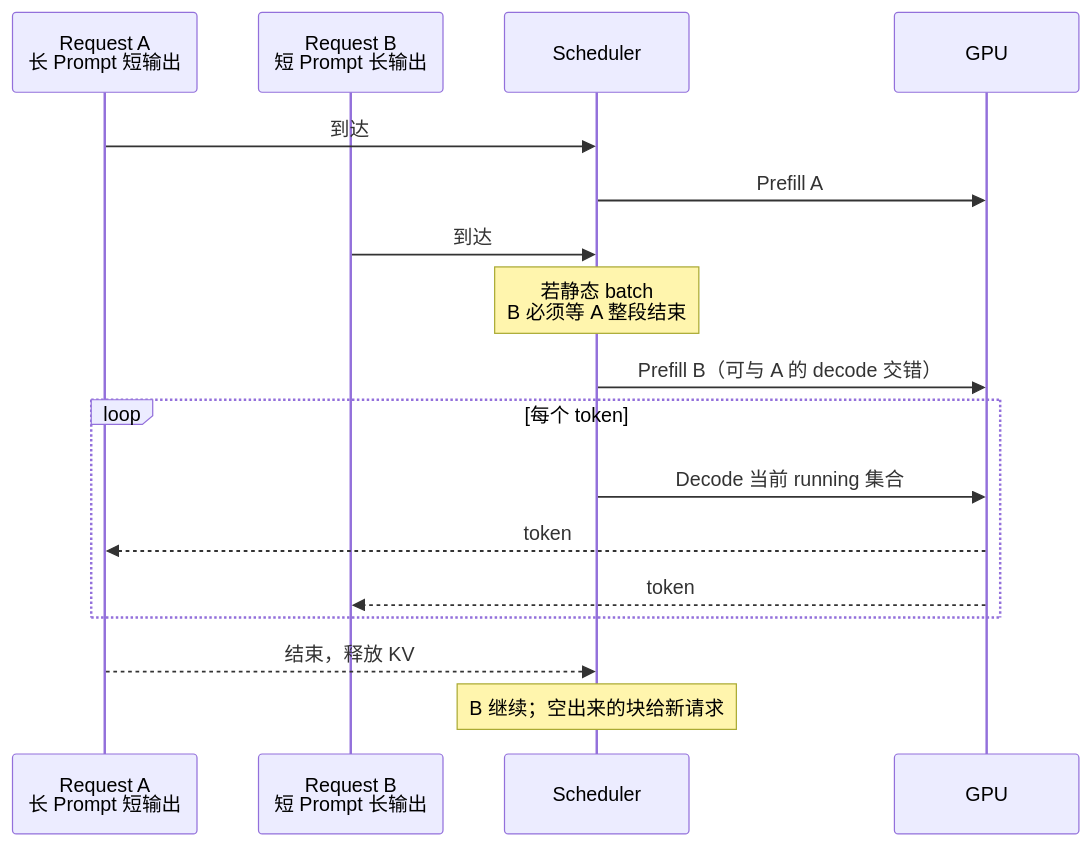
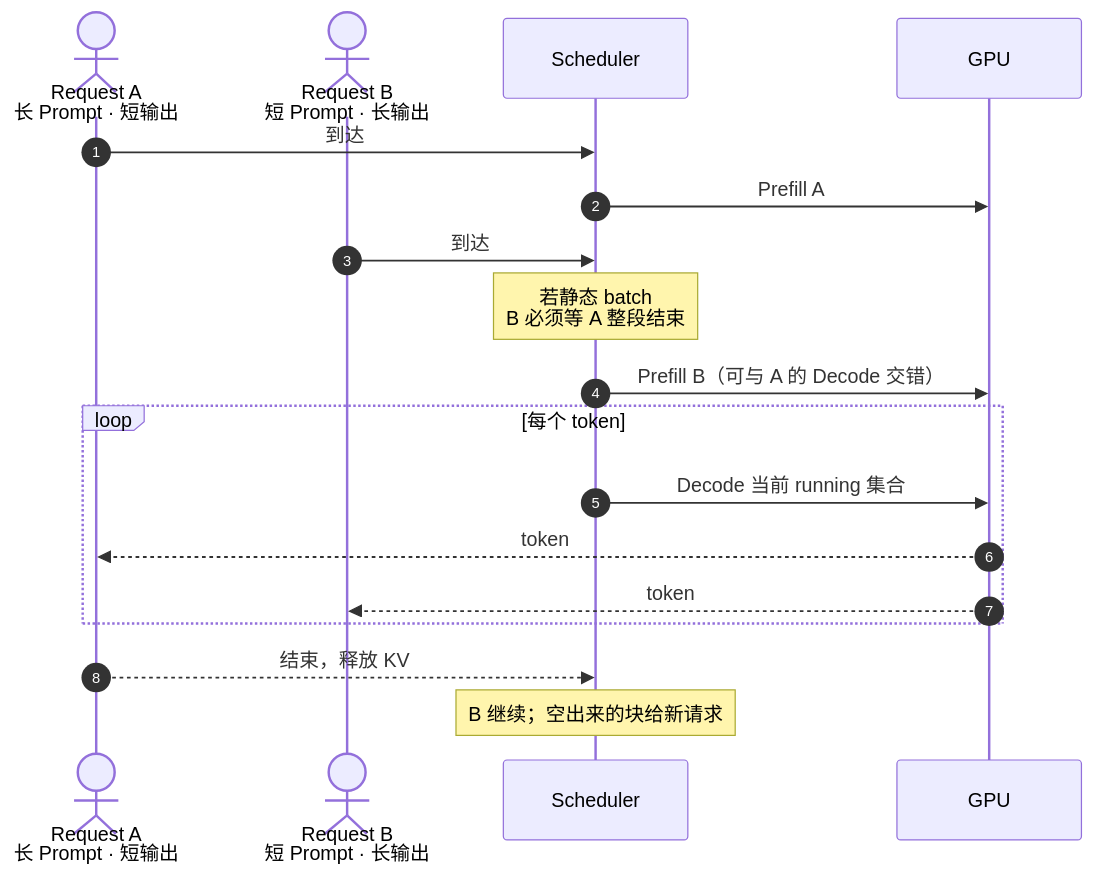
One commit to xiangel/llm-inference-course changed the first of 2 diagrams in src/content/docs/00-introduction/02-systems-problem.mdx. Above: the diagram before and after it, drawn with Mermaid. The commit also changed other lines of this file and 9 other files, not shown here.

First line of the commit message:
Restyle architecture diagrams to match the book palette

````diff
--- a/src/content/docs/00-introduction/02-systems-problem.mdx
+++ b/src/content/docs/00-introduction/02-systems-problem.mdx
@@ -100,19 +100,21 @@
 ```mermaid
 sequenceDiagram
-  participant A as Request A<br/>长 Prompt 短输出
-  participant B as Request B<br/>短 Prompt 长输出
+  autonumber
+  actor A as Request A<br/>长 Prompt · 短输出
+  actor B as Request B<br/>短 Prompt · 长输出
   participant S as Scheduler
   participant G as GPU
+
   A->>S: 到达
   S->>G: Prefill A
   B->>S: 到达
   Note over S: 若静态 batch<br/>B 必须等 A 整段结束
-  S->>G: Prefill B（可与 A 的 decode 交错）
+  S->>G: Prefill B（可与 A 的 Decode 交错）
   loop 每个 token
     S->>G: Decode 当前 running 集合
     G-->>A: token
     G-->>B: token
   end
   A-->>S: 结束，释放 KV
   Note over S: B 继续；空出来的块给新请求
 ```
````
